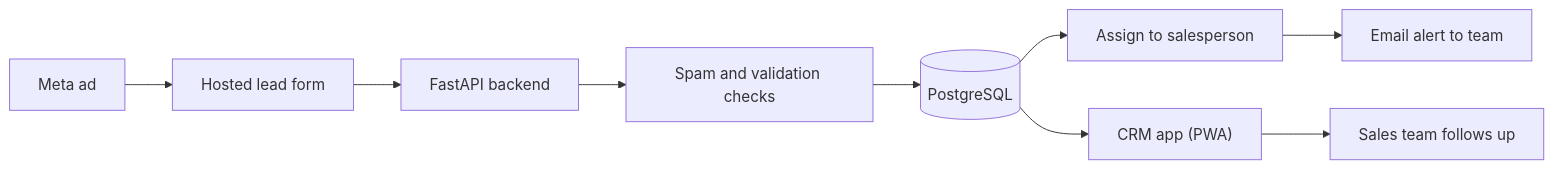
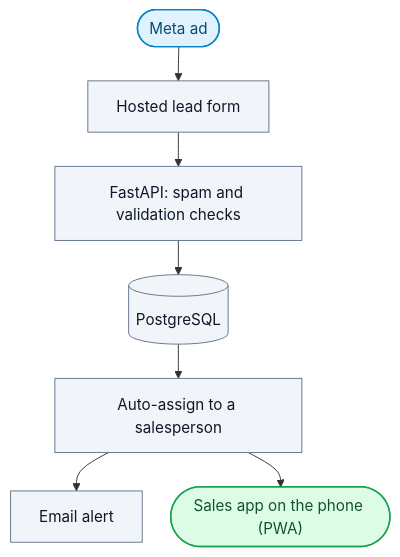
Before and after one commit to arukh281/arukh281: the diagram in projects/tour-with-me-crm.md, drawn with Mermaid. The commit also changed 5 other files, not shown here.

Commit message:
Cleaner diagrams, Earmark back in Now, desi-tts repo link, vendor ledger

````diff
--- a/projects/tour-with-me-crm.md
+++ b/projects/tour-with-me-crm.md
@@ -15,11 +15,14 @@
 ```mermaid
-flowchart LR
-    A["Meta ad"] --> B["Hosted lead form"]
-    B --> C["FastAPI backend"]
-    C --> D["Spam and validation checks"]
-    D --> E[("PostgreSQL")]
-    E --> F["Assign to salesperson"]
-    F --> G["Email alert to team"]
-    E --> H["CRM app (PWA)"]
-    H --> I["Sales team follows up"]
+%%{init: {'flowchart': {'curve': 'basis', 'nodeSpacing': 30, 'rankSpacing': 36}}}%%
+flowchart TD
+    A(["Meta ad"]):::in --> B["Hosted lead form"]:::step
+    B --> C["FastAPI: spam and validation checks"]:::step
+    C --> D[("PostgreSQL")]:::step
+    D --> E["Auto-assign to a salesperson"]:::step
+    E --> F["Email alert"]:::step
+    E --> G(["Sales app on the phone (PWA)"]):::out
+    classDef in fill:#e0f2fe,stroke:#0284c7,color:#0c4a6e,stroke-width:1.5px
+    classDef step fill:#f1f5f9,stroke:#64748b,color:#0f172a,stroke-width:1px
+    classDef ai fill:#ede9fe,stroke:#7c3aed,color:#3b0764,stroke-width:1.5px
+    classDef out fill:#dcfce7,stroke:#16a34a,color:#14532d,stroke-width:1.5px
 ```
````
